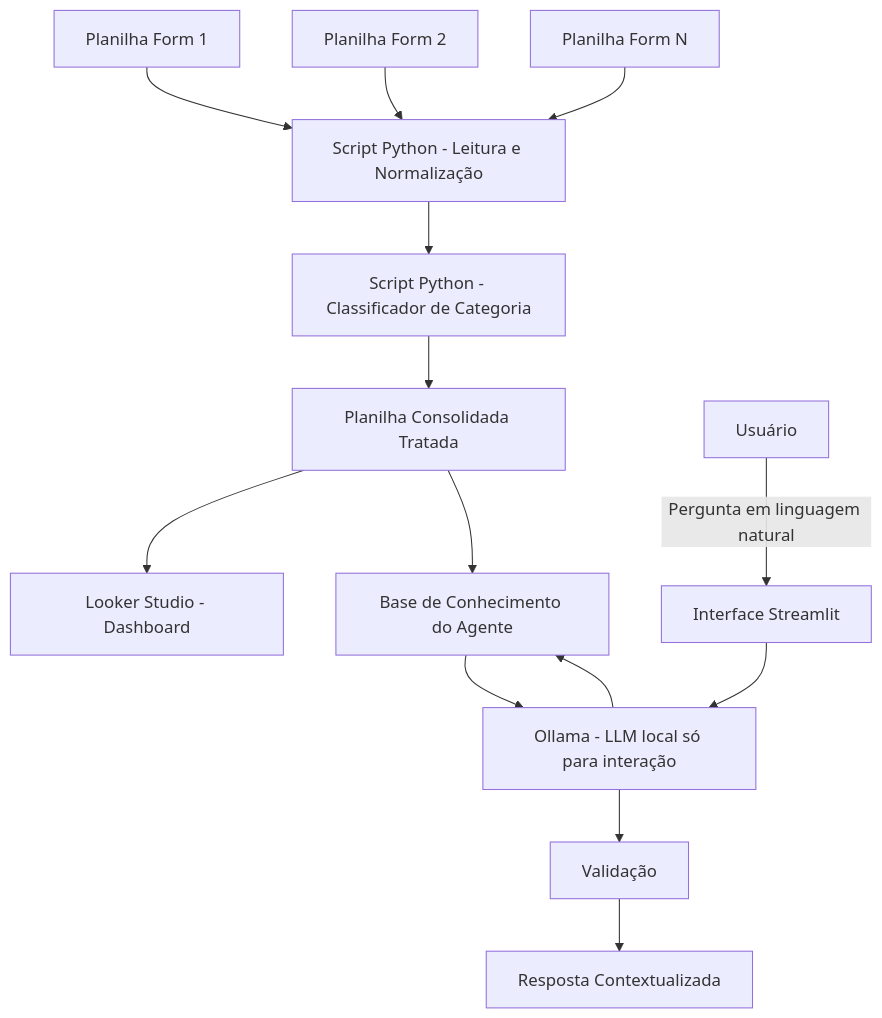
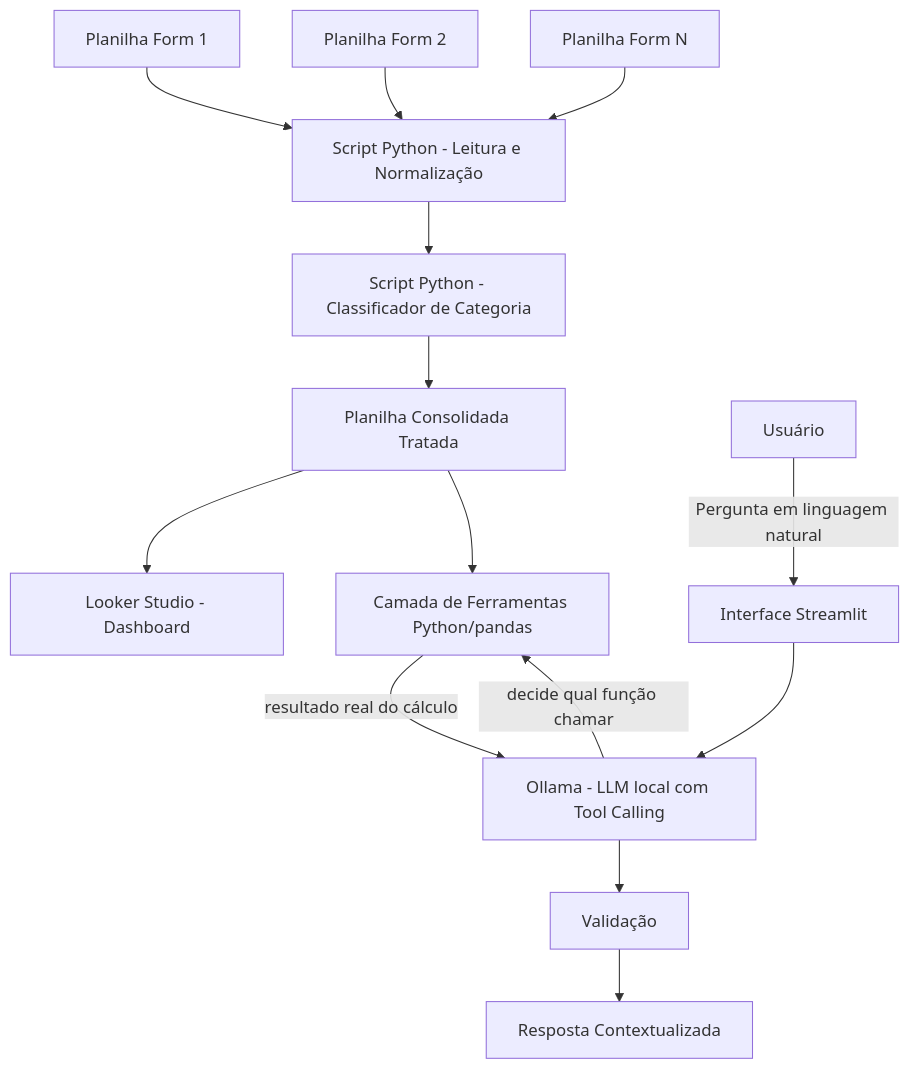
One commit to EstherLins/pipeline-dados-feedbacks changed the diagram in Docs/01-documentacao-agente.md. Above: the diagram before and after it, drawn with Mermaid. The commit also changed other lines of this file, not shown here.

````diff
--- a/Docs/01-documentacao-agente.md
+++ b/Docs/01-documentacao-agente.md
@@ -57,17 +57,17 @@
 ```mermaid
 flowchart TD
     A[Planilha Form 1] --> D[Script Python - Leitura e Normalização]
     B[Planilha Form 2] --> D
     C[Planilha Form N] --> D
     D --> E[Script Python - Classificador de Categoria]
     E --> F[Planilha Consolidada Tratada]
     F --> G[Looker Studio - Dashboard]
-    F --> H[Base de Conhecimento do Agente]
+    F --> H[Camada de Ferramentas Python/pandas]
     I[Usuário] -->|Pergunta em linguagem natural| J[Interface Streamlit]
-    J --> K[Ollama - LLM local só para interação]
-    K --> H
-    H --> K
+    J --> K[Ollama - LLM local com Tool Calling]
+    K -->|decide qual função chamar| H
+    H -->|resultado real do cálculo| K
     K --> L[Validação]
     L --> M[Resposta Contextualizada]
 
 ```
````
